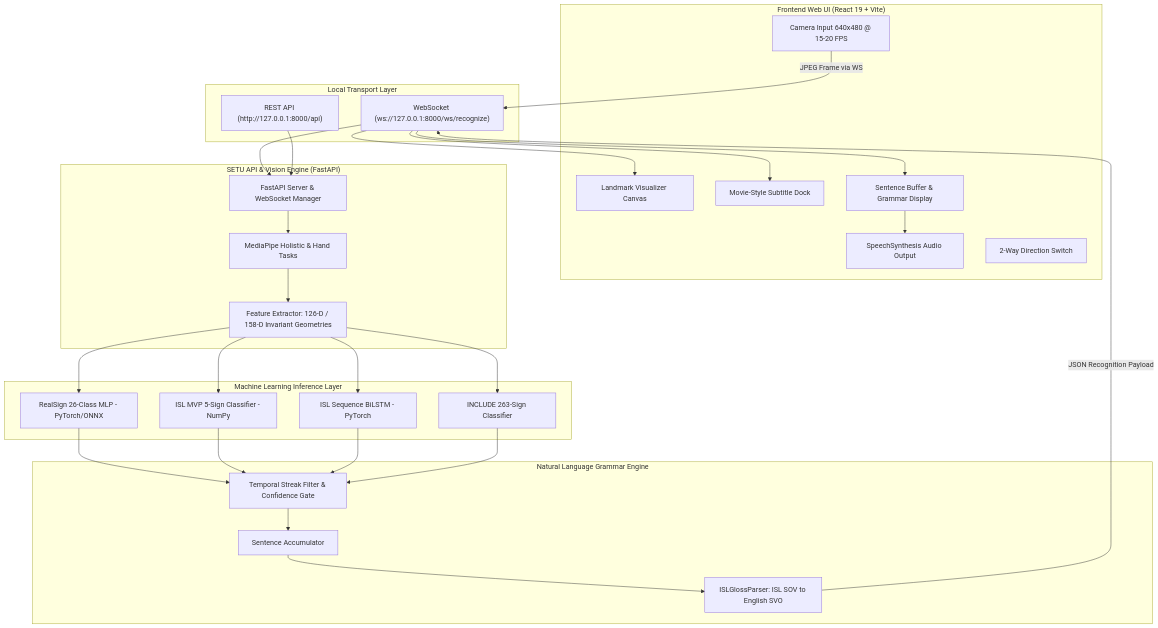
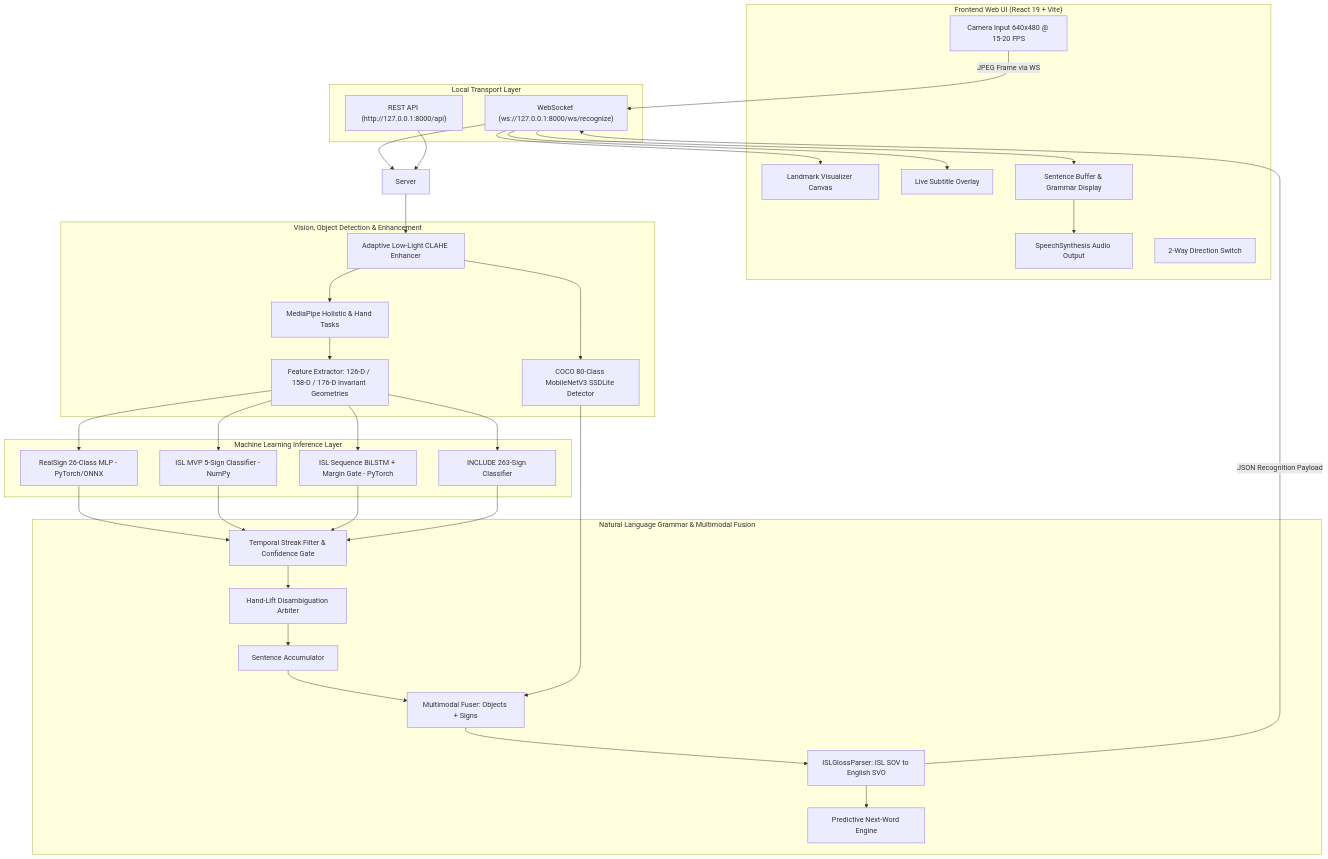
The diagram in records/ARCHITECTURE.md (Isobit7/SETU), drawn with Mermaid before and after one commit. The commit also changed other lines of this file and 124 other files, not shown here.

Commit message:
feat: Multimodal Show-and-Sign AI, Hand-Lift Disambiguation HUD, CLAHE Low-Light Enhancer, Retraining Pipeline, and Master Diagnostic Audit

````diff
--- a/records/ARCHITECTURE.md
+++ b/records/ARCHITECTURE.md
@@ -23,60 +27,70 @@
 ```mermaid
 graph TD
     subgraph Client ["Frontend Web UI (React 19 + Vite)"]
         Cam[Camera Input 640x480 @ 15-20 FPS]
         Canvas[Landmark Visualizer Canvas]
-        Subtitles[Movie-Style Subtitle Dock]
+        Subtitles[Live Subtitle Overlay]
         Buffer[Sentence Buffer & Grammar Display]
         TTS[SpeechSynthesis Audio Output]
         Toggle[2-Way Direction Switch]
     end
 
     subgraph Transport ["Local Transport Layer"]
         WS["WebSocket (ws://127.0.0.1:8000/ws/recognize)"]
         REST["REST API (http://127.0.0.1:8000/api)"]
     end
 
-    subgraph Backend ["SETU API & Vision Engine (FastAPI)"]
-        Server[FastAPI Server & WebSocket Manager]
+    subgraph VisionEngines ["Vision, Object Detection & Enhancement"]
+        CLAHE[Adaptive Low-Light CLAHE Enhancer]
         MP[MediaPipe Holistic & Hand Tasks]
-        Extract[Feature Extractor: 126-D / 158-D Invariant Geometries]
+        Extract[Feature Extractor: 126-D / 158-D / 176-D Invariant Geometries]
+        COCO[COCO 80-Class MobileNetV3 SSDLite Detector]
     end
 
     subgraph Models ["Machine Learning Inference Layer"]
         RealSign[RealSign 26-Class MLP - PyTorch/ONNX]
         MVP[ISL MVP 5-Sign Classifier - NumPy]
-        LSTM[ISL Sequence BiLSTM - PyTorch]
+        LSTM[ISL Sequence BiLSTM + Margin Gate - PyTorch]
         INCLUDE[INCLUDE 263-Sign Classifier]
     end
 
-    subgraph NLP ["Natural Language Grammar Engine"]
+    subgraph NLP ["Natural Language Grammar & Multimodal Fusion"]
         Stabilizer[Temporal Streak Filter & Confidence Gate]
+        Disambiguate[Hand-Lift Disambiguation Arbiter]
         Accumulator[Sentence Accumulator]
+        Fuser[Multimodal Fuser: Objects + Signs]
+        Predictive[Predictive Next-Word Engine]
         Gloss[ISLGlossParser: ISL SOV to English SVO]
     end
 
     Cam -->|JPEG Frame via WS| WS
     WS --> Server
     REST --> Server
-    Server --> MP
+    Server --> CLAHE
+    CLAHE --> MP
+    CLAHE --> COCO
     MP --> Extract
     
     Extract --> RealSign
     Extract --> MVP
     Extract --> LSTM
     Extract --> INCLUDE
 
     RealSign --> Stabilizer
     MVP --> Stabilizer
     LSTM --> Stabilizer
     INCLUDE --> Stabilizer
 
-    Stabilizer --> Accumulator
-    Accumulator --> Gloss
+    Stabilizer --> Disambiguate
+    Disambiguate --> Accumulator
+    Accumulator --> Fuser
+    COCO --> Fuser
+    Fuser --> Gloss
+    Gloss --> Predictive
 
     Gloss -->|JSON Recognition Payload| WS
     WS --> Canvas
     WS --> Subtitles
     WS --> Buffer
     Buffer --> TTS
 ```
````
